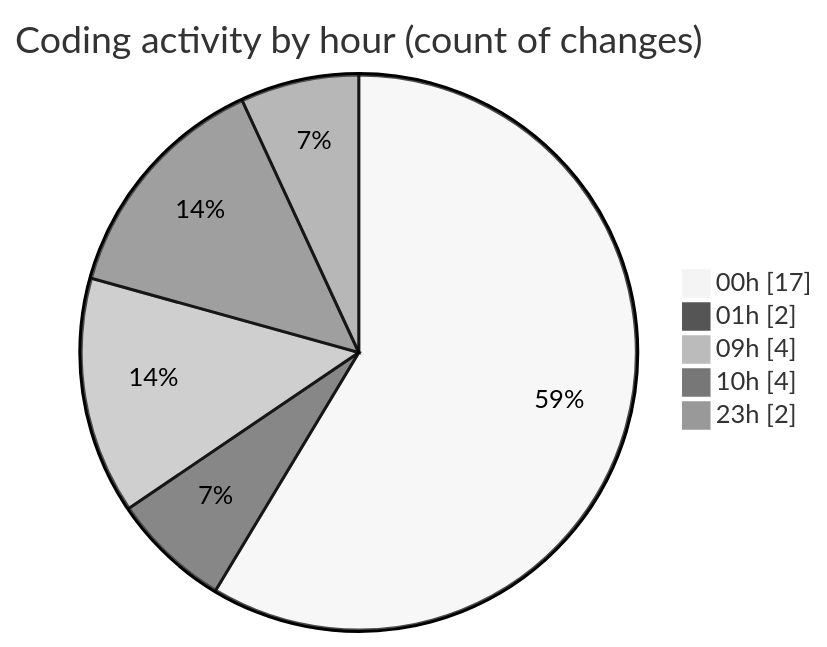
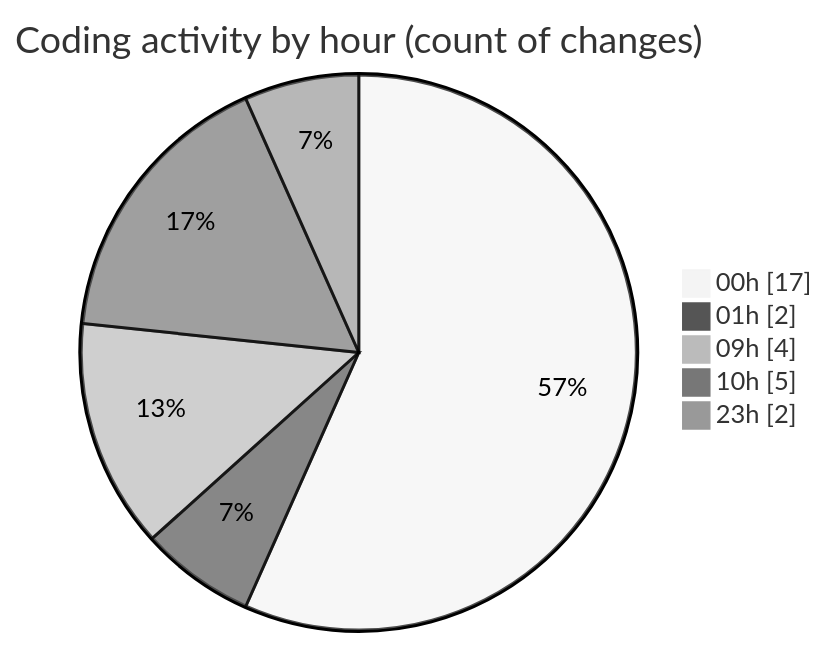
Before and after one commit to julien-gomy/code-tracking: the second of 2 diagrams in 2025-10-29/eventscop-frontend-guide__workspace_/README.md, drawn with Mermaid (neutral theme). The commit also changed other lines of this file and 1 other file, not shown here.

````diff
--- a/2025-10-29/eventscop-frontend-guide__workspace_/README.md
+++ b/2025-10-29/eventscop-frontend-guide__workspace_/README.md
@@ -42,9 +42,9 @@
 ```mermaid
 pie showData
 title Coding activity by hour (count of changes)
 "00h" : 17
 "01h" : 2
 "09h" : 4
-"10h" : 4
+"10h" : 5
 "23h" : 2
 ```
````
